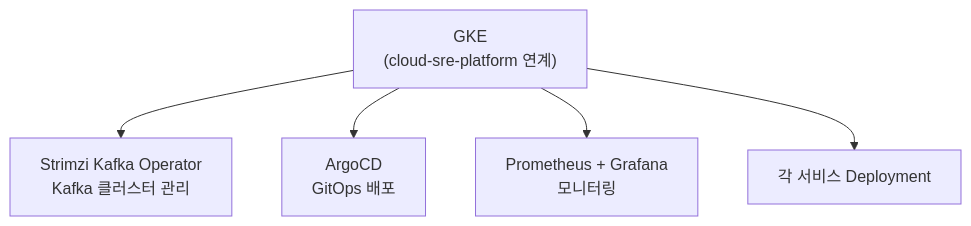
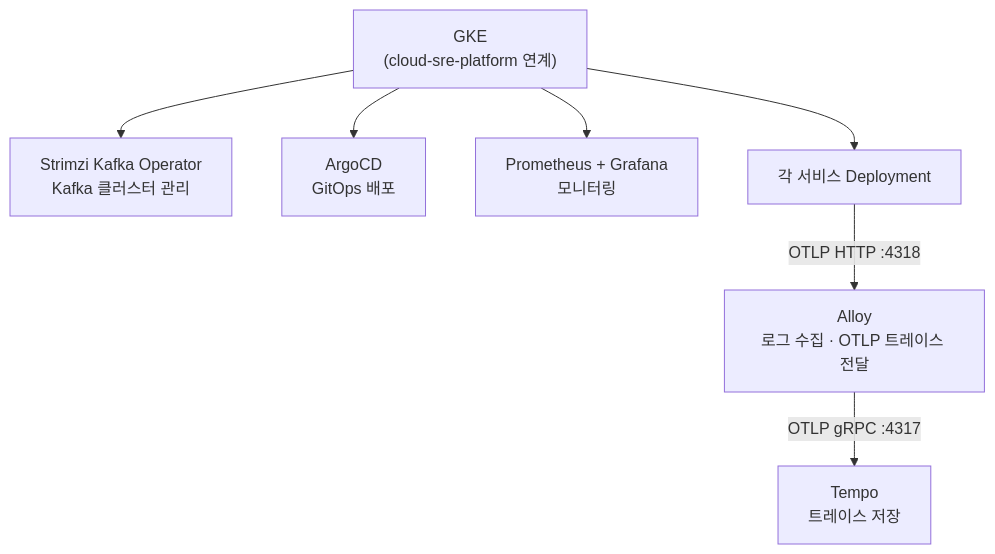
Before and after one commit to jaehoon9875/realtime-auction-service: the third of 3 diagrams in docs/architecture.md, drawn with Mermaid. The commit also changed 15 other files, not shown here.

Commit message:
infra: Alloy 트레이스 수집 파이프라인 추가

````diff
--- a/docs/architecture.md
+++ b/docs/architecture.md
@@ -147,13 +147,17 @@
 ```mermaid
 graph TD
     GKE["GKE<br/>(cloud-sre-platform 연계)"]
     SK["Strimzi Kafka Operator<br/>Kafka 클러스터 관리"]
     AR["ArgoCD<br/>GitOps 배포"]
     PG["Prometheus + Grafana<br/>모니터링"]
+    AL["Alloy<br/>로그 수집 · OTLP 트레이스 전달"]
+    TE["Tempo<br/>트레이스 저장"]
     SVC["각 서비스 Deployment"]
 
     GKE --> SK
     GKE --> AR
     GKE --> PG
     GKE --> SVC
+    SVC -->|"OTLP HTTP :4318"| AL
+    AL -->|"OTLP gRPC :4317"| TE
 ```
````
